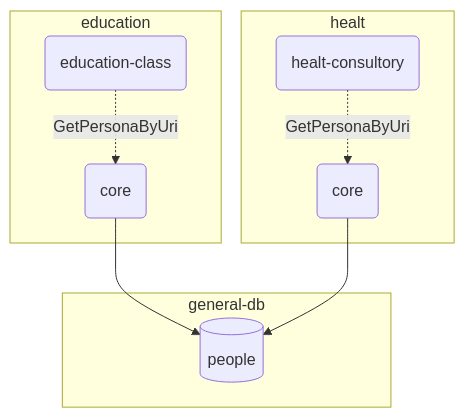
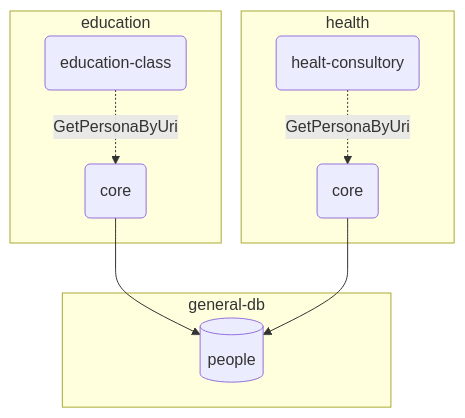
The second of 4 diagrams in README.md (anibalanto/people-multiproject), drawn with Mermaid before and after one commit. The commit also changed other lines of this file and 60 other files, not shown here.

````diff
--- a/README.md
+++ b/README.md
@@ -79,27 +79,27 @@
 ```mermaid
 graph TB
 %% Definición de subgráficos para organizar los componentes
 subgraph education
 e1(education-class)
 e2(core)
 end
 
 
-subgraph healt
+subgraph health
 h1(healt-consultory)
 h2(core)
 end
 
 subgraph general-db
 db[(people)]
 end
 
 %% Relaciones entre componentes
 e1 -.GetPersonaByUri.-> e2
 e2 --> db
 
 h1 -.GetPersonaByUri.-> h2
 h2 --> db
 
 
 ```
````
